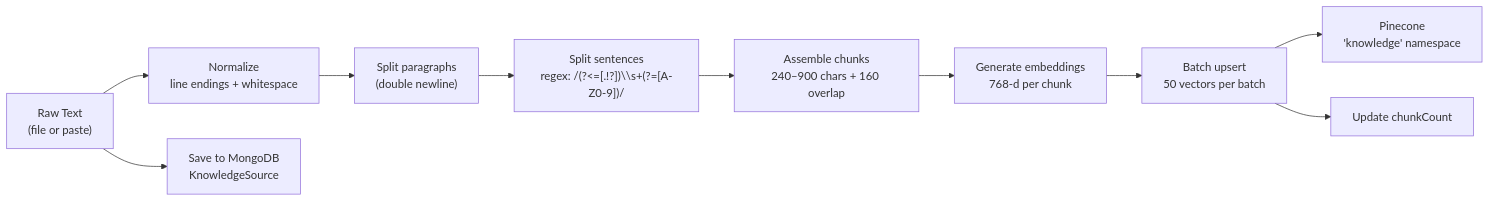
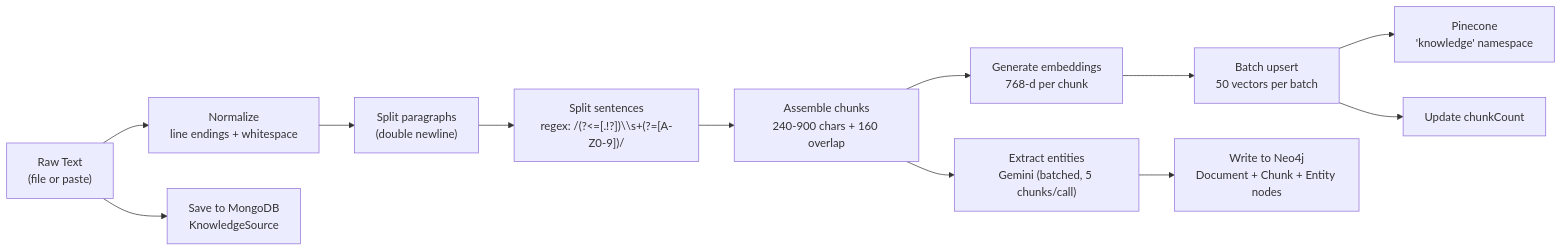
The third of 11 diagrams in RAG.md (hoangsonww/AI-RAG-Assistant-Chatbot), drawn with Mermaid before and after one commit. The commit also changed other lines of this file and 32 other files, not shown here.

First line of the commit message:
feat(rag): add hybrid Pinecone+Neo4j retrieval, graph ingestion, and CLI graph management

````diff
--- a/RAG.md
+++ b/RAG.md
@@ -122,12 +157,17 @@
 ```mermaid
 flowchart LR
   A["Raw Text<br/>(file or paste)"] --> B["Normalize<br/>line endings + whitespace"]
   B --> C["Split paragraphs<br/>(double newline)"]
   C --> D["Split sentences<br/>regex: /(?<=[.!?])\\s+(?=[A-Z0-9])/"]
-  D --> E["Assemble chunks<br/>240–900 chars + 160 overlap"]
+  D --> E["Assemble chunks<br/>240-900 chars + 160 overlap"]
+
   E --> F["Generate embeddings<br/>768-d per chunk"]
   F --> G["Batch upsert<br/>50 vectors per batch"]
   G --> H["Pinecone<br/>'knowledge' namespace"]
-  A --> I["Save to MongoDB<br/>KnowledgeSource"]
-  G --> J["Update chunkCount"]
+
+  E --> I["Extract entities<br/>Gemini (batched, 5 chunks/call)"]
+  I --> J["Write to Neo4j<br/>Document + Chunk + Entity nodes"]
+
+  A --> K["Save to MongoDB<br/>KnowledgeSource"]
+  G --> L["Update chunkCount"]
 ```
````
